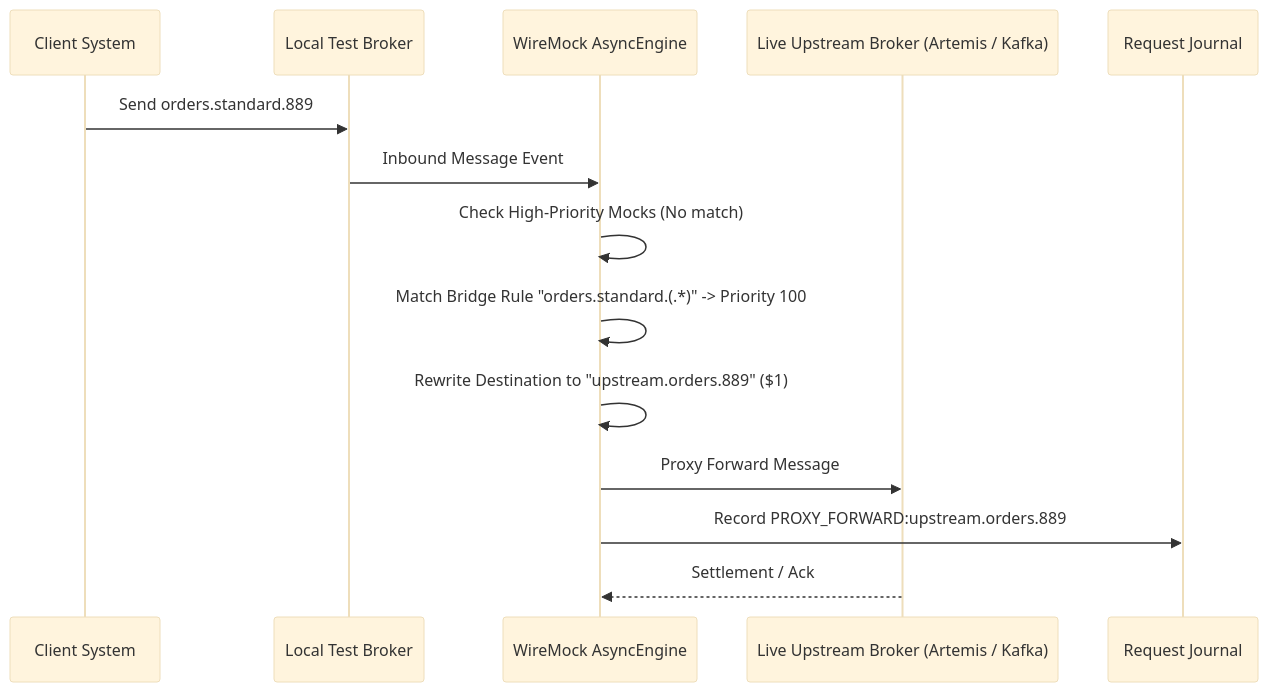
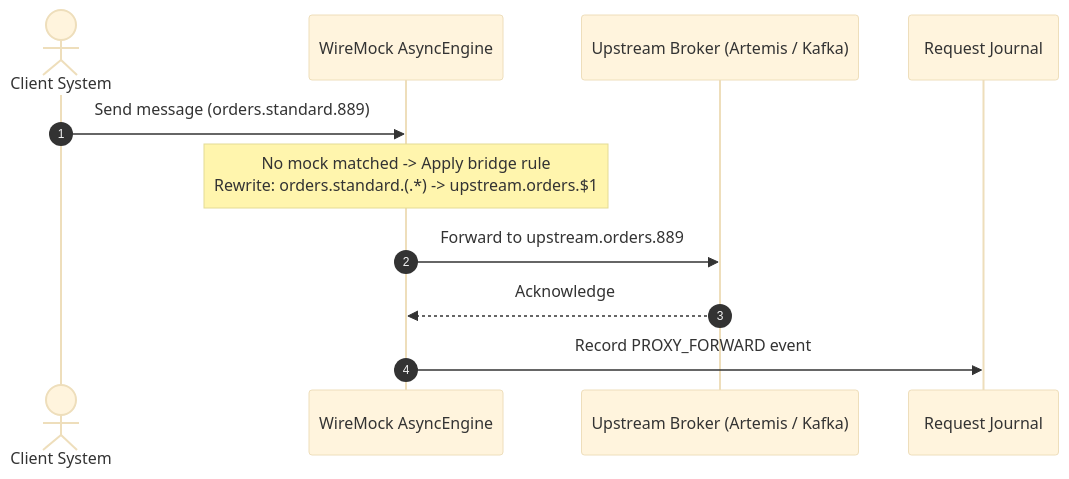
Before and after one commit to mattiasgreen/wiremock-extensions: the fifth of 8 diagrams in wiremock-extension-async/README.md, drawn with Mermaid (base theme). The commit also changed other lines of this file and 17 other files, not shown here.

First line of the commit message:
feat(ui,async): add protocol column and refine SUT operation semantics in journal (#103)

````diff
--- a/wiremock-extension-async/README.md
+++ b/wiremock-extension-async/README.md
@@ -143,17 +105,14 @@
 ```mermaid
 sequenceDiagram
-    participant SUT as Client System
-    participant LocalBroker as Local Test Broker
-    participant Engine as WireMock AsyncEngine
-    participant RemoteBroker as Live Upstream Broker (Artemis / Kafka)
+    autonumber
+    actor SUT as Client System
+    participant WM as WireMock AsyncEngine
+    participant Upstream as Upstream Broker (Artemis / Kafka)
     participant Journal as Request Journal
 
-    SUT->>LocalBroker: Send orders.standard.889
-    LocalBroker->>Engine: Inbound Message Event
-    Engine->>Engine: Check High-Priority Mocks (No match)
-    Engine->>Engine: Match Bridge Rule "orders.standard.(.*)" -> Priority 100
-    Engine->>Engine: Rewrite Destination to "upstream.orders.889" ($1)
-    Engine->>RemoteBroker: Proxy Forward Message
-    Engine->>Journal: Record PROXY_FORWARD:upstream.orders.889
-    RemoteBroker-->>Engine: Settlement / Ack
+    SUT->>WM: Send message (orders.standard.889)
+    Note over WM: No mock matched -> Apply bridge rule<br/>Rewrite: orders.standard.(.*) -> upstream.orders.$1
+    WM->>Upstream: Forward to upstream.orders.889
+    Upstream-->>WM: Acknowledge
+    WM->>Journal: Record PROXY_FORWARD event
 ```
````
